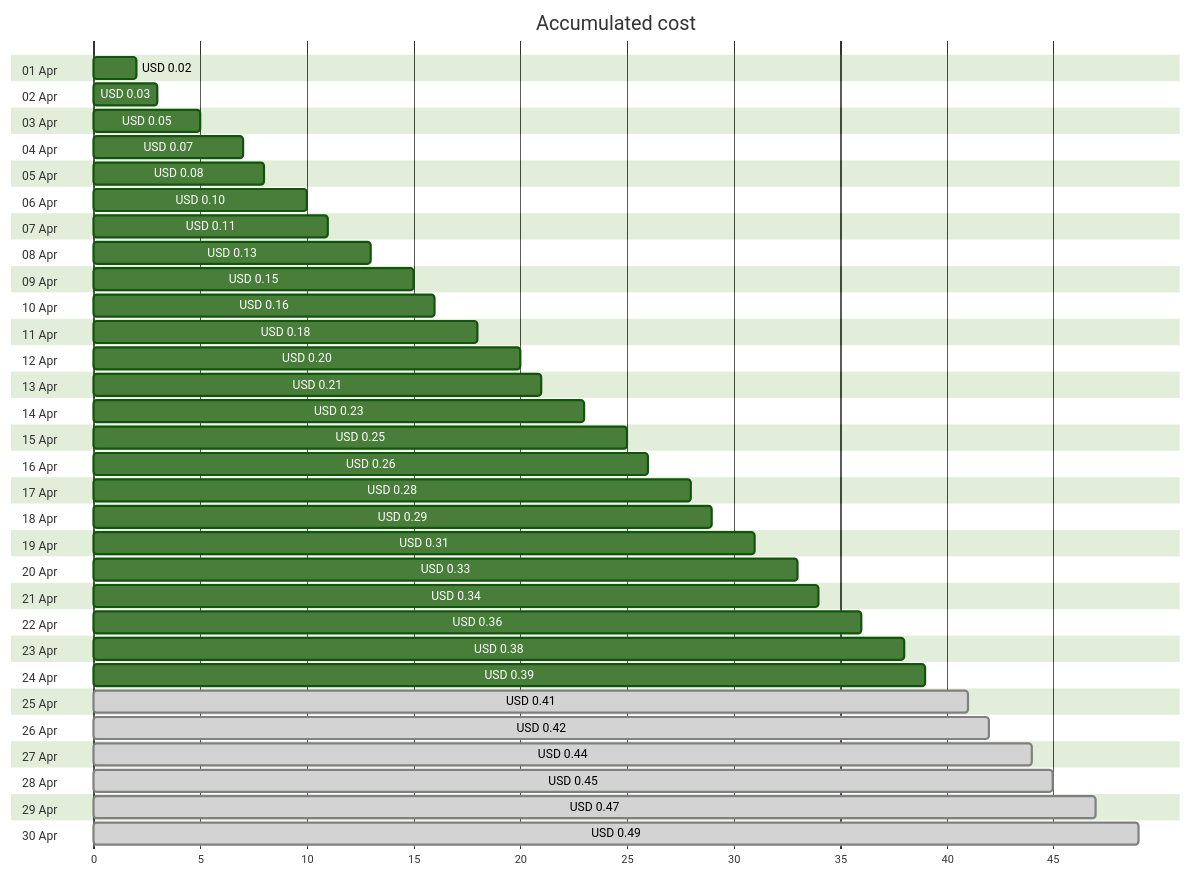
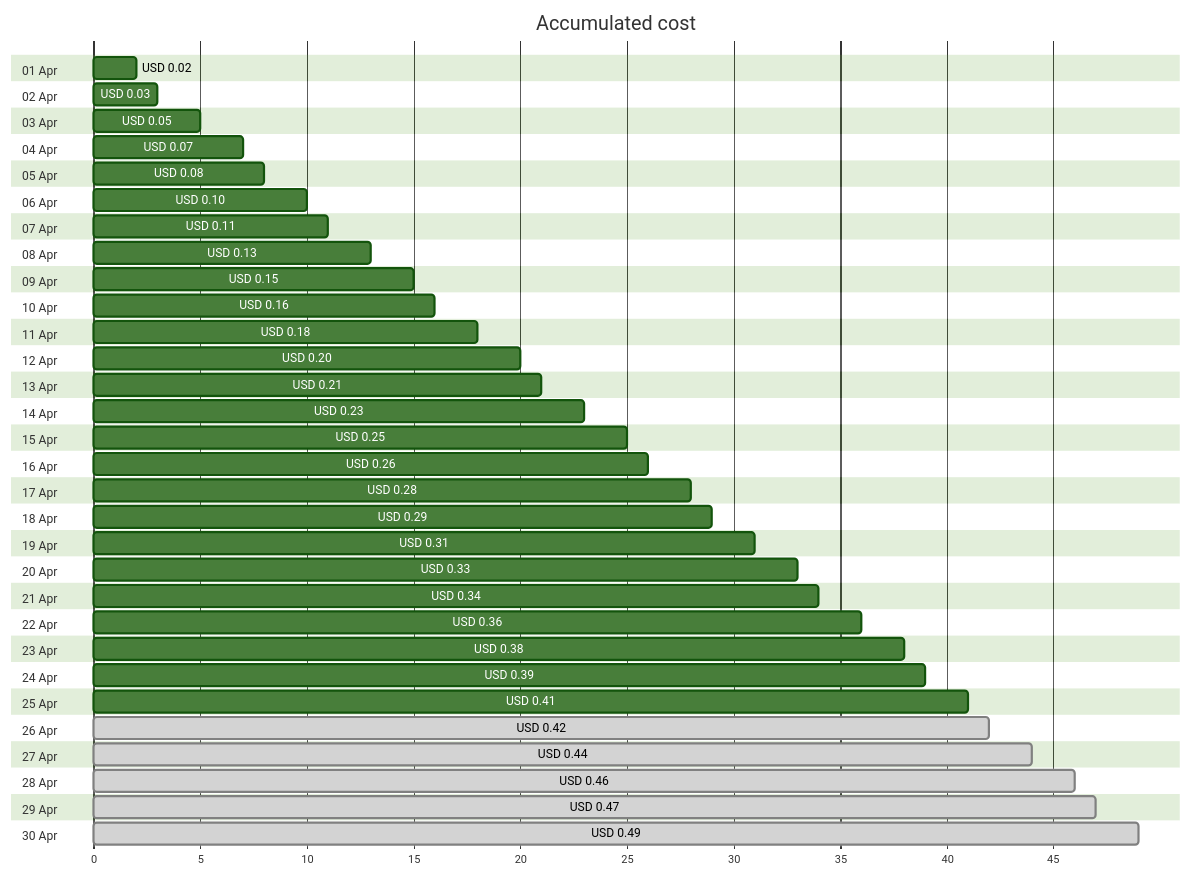
The first of 4 diagrams in cost-reports/personal-dns/jpatrickfulton.com.md (jpfulton/azure-personal-reports), drawn with Mermaid (forest theme) before and after one commit. The commit also changed other lines of this file and 2 other files, not shown here.

````diff
--- a/cost-reports/personal-dns/jpatrickfulton.com.md
+++ b/cost-reports/personal-dns/jpatrickfulton.com.md
@@ -20,66 +20,66 @@
 ```mermaid
 gantt
    title Accumulated cost
    dateFormat  X
    axisFormat %s
    section 01 Apr
    USD 0.02 :0, 2
    section 02 Apr
    USD 0.03 :0, 3
    section 03 Apr
    USD 0.05 :0, 5
    section 04 Apr
    USD 0.07 :0, 7
    section 05 Apr
    USD 0.08 :0, 8
    section 06 Apr
    USD 0.10 :0, 10
    section 07 Apr
    USD 0.11 :0, 11
    section 08 Apr
    USD 0.13 :0, 13
    section 09 Apr
    USD 0.15 :0, 15
    section 10 Apr
    USD 0.16 :0, 16
    section 11 Apr
    USD 0.18 :0, 18
    section 12 Apr
    USD 0.20 :0, 20
    section 13 Apr
    USD 0.21 :0, 21
    section 14 Apr
    USD 0.23 :0, 23
    section 15 Apr
    USD 0.25 :0, 25
    section 16 Apr
    USD 0.26 :0, 26
    section 17 Apr
    USD 0.28 :0, 28
    section 18 Apr
    USD 0.29 :0, 29
    section 19 Apr
    USD 0.31 :0, 31
    section 20 Apr
    USD 0.33 :0, 33
    section 21 Apr
    USD 0.34 :0, 34
    section 22 Apr
    USD 0.36 :0, 36
    section 23 Apr
    USD 0.38 :0, 38
    section 24 Apr
    USD 0.39 :0, 39
    section 25 Apr
-   USD 0.41 : done, 0, 41
+   USD 0.41 :0, 41
    section 26 Apr
    USD 0.42 : done, 0, 42
    section 27 Apr
    USD 0.44 : done, 0, 44
    section 28 Apr
-   USD 0.45 : done, 0, 45
+   USD 0.46 : done, 0, 46
    section 29 Apr
    USD 0.47 : done, 0, 47
    section 30 Apr
    USD 0.49 : done, 0, 49
 ```
````
